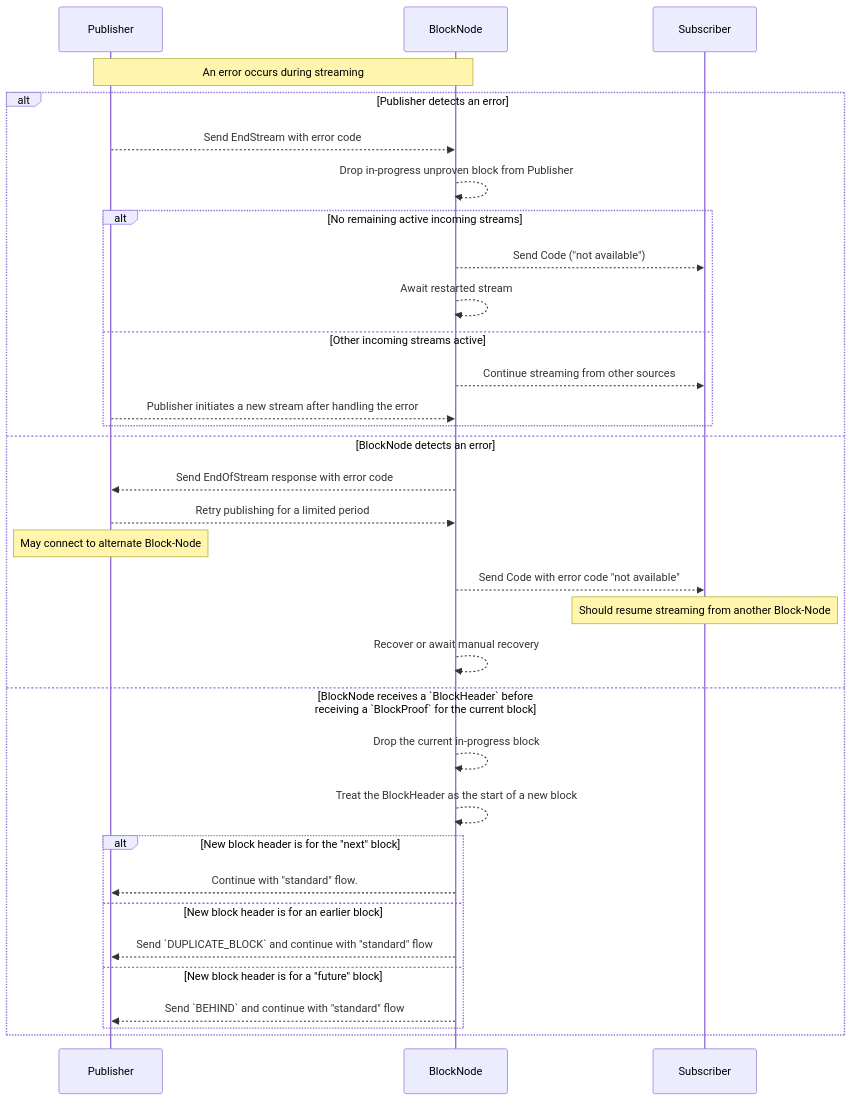
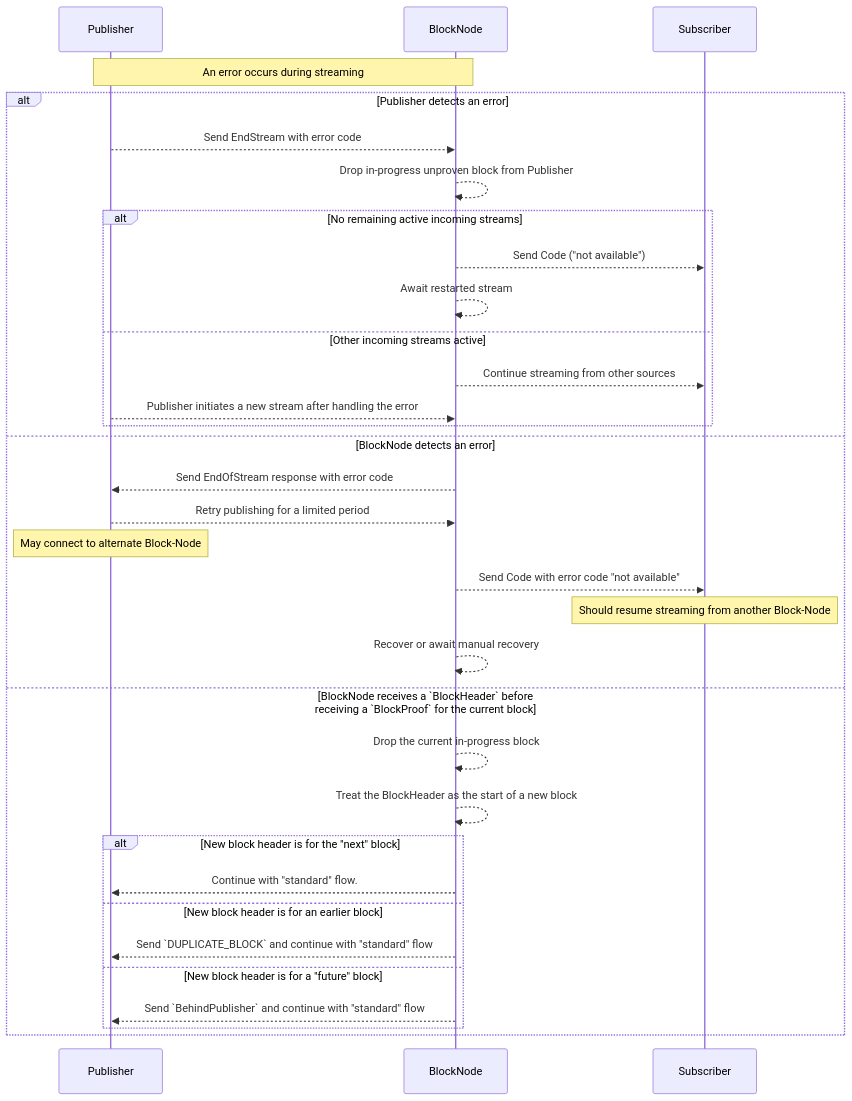
One commit to hiero-ledger/hiero-improvement-proposals changed the third of 3 diagrams in HIP/hip-1081.md. Above: the diagram before and after it, drawn with Mermaid. The commit also changed other lines of this file, not shown here.

````diff
--- a/HIP/hip-1081.md
+++ b/HIP/hip-1081.md
@@ -808,37 +809,37 @@
 ```mermaid
 sequenceDiagram
     participant Publisher
     participant BlockNode
     participant Subscriber
 
     Note over Publisher,BlockNode: An error occurs during streaming
 
     alt Publisher detects an error
         Publisher-->>BlockNode: Send EndStream with error code
         BlockNode-->>BlockNode: Drop in-progress unproven block from Publisher
         alt No remaining active incoming streams
             BlockNode-->>Subscriber: Send Code ("not available")
             BlockNode-->>BlockNode: Await restarted stream
         else Other incoming streams active
             BlockNode-->>Subscriber: Continue streaming from other sources
             Publisher-->>BlockNode: Publisher initiates a new stream after handling the error
         end
     else BlockNode detects an error
         BlockNode-->>Publisher: Send EndOfStream response with error code
         Publisher-->>BlockNode: Retry publishing for a limited period
         Note over Publisher: May connect to alternate Block-Node
         BlockNode-->>Subscriber: Send Code with error code "not available"
         Note over Subscriber: Should resume streaming from another Block-Node
         BlockNode-->>BlockNode: Recover or await manual recovery
     else BlockNode receives a `BlockHeader` before<br/>receiving a `BlockProof` for the current block
         BlockNode-->>BlockNode: Drop the current in-progress block
         BlockNode-->>BlockNode: Treat the BlockHeader as the start of a new block
         alt New block header is for the "next" block
             BlockNode-->>Publisher: Continue with "standard" flow.
         else New block header is for an earlier block
             BlockNode-->>Publisher: Send `DUPLICATE_BLOCK` and continue with "standard" flow
         else New block header is for a "future" block
-            BlockNode-->>Publisher: Send `BEHIND` and continue with "standard" flow
+            BlockNode-->>Publisher: Send `BehindPublisher` and continue with "standard" flow
         end
     end
 ```
````
